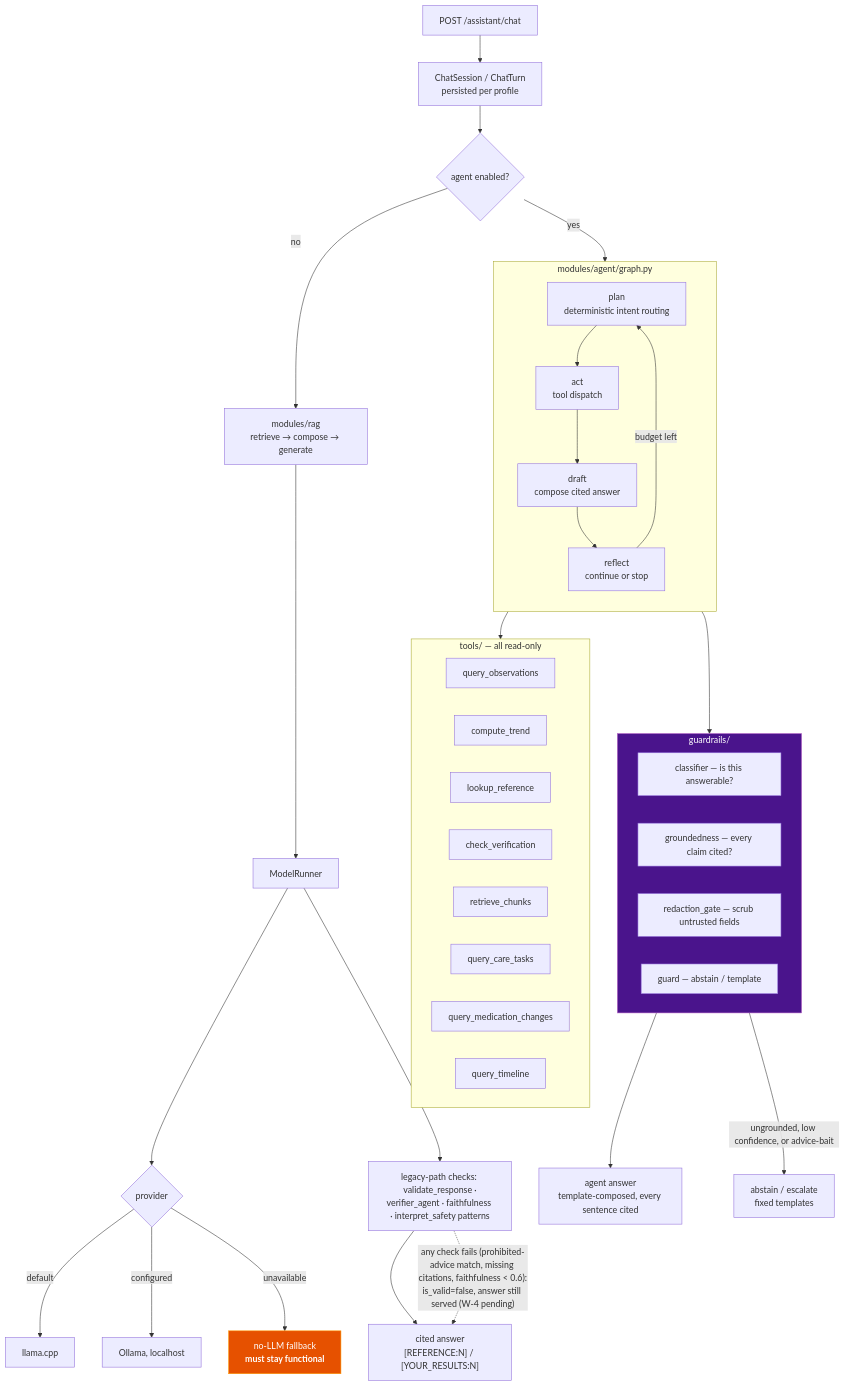
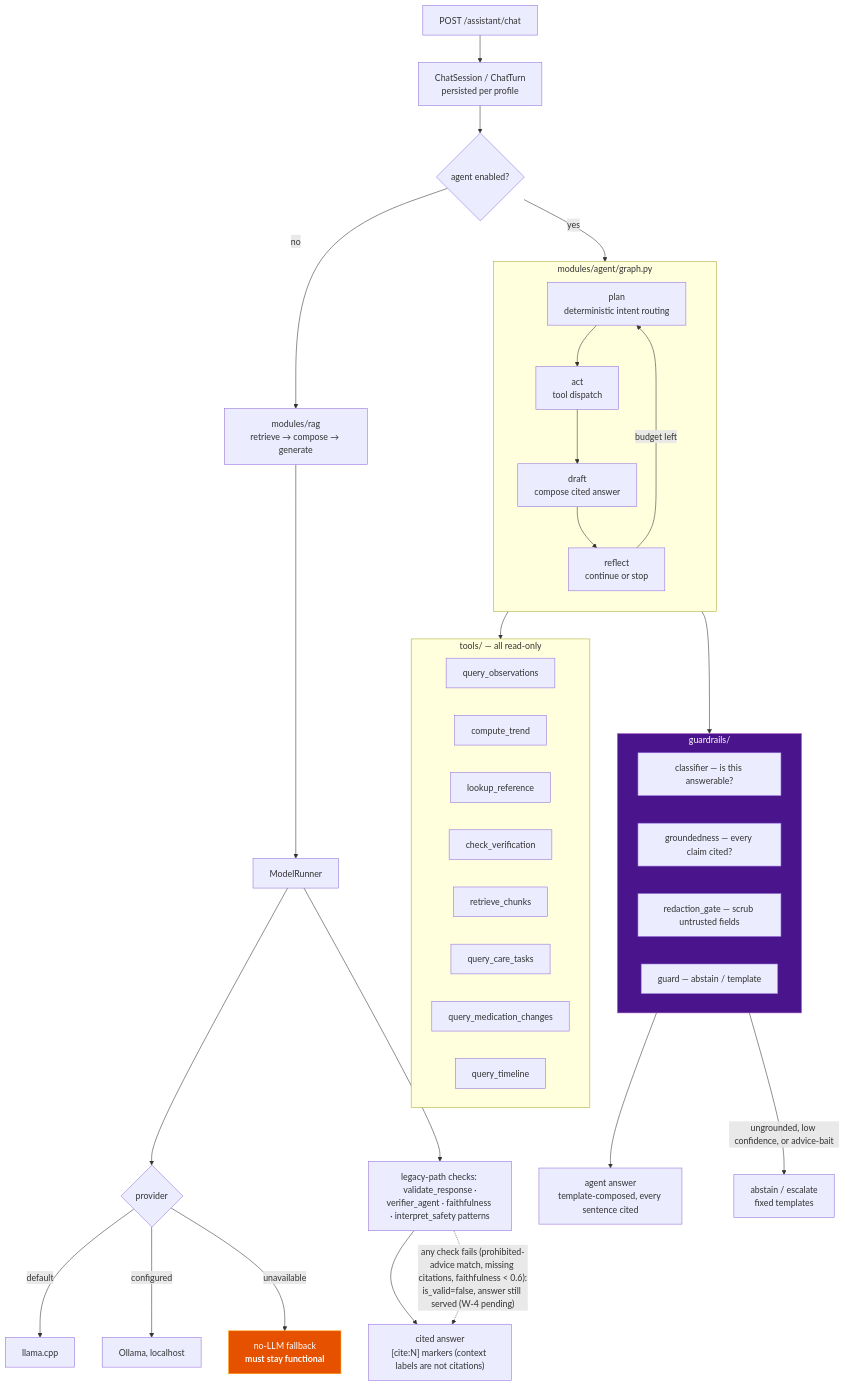
The second of 3 diagrams in docs/architecture/pipelines.md (BrooklynD23/HealthCentral), drawn with Mermaid before and after one commit. The commit also changed 3 other files, not shown here.

Commit message:
docs: describe [cite:N] as the citation marker and the context labels as labels (D11)

````diff
--- a/docs/architecture/pipelines.md
+++ b/docs/architecture/pipelines.md
@@ -79,53 +79,53 @@
 ```mermaid
 flowchart TD
     Q["POST /assistant/chat"] --> SESS["ChatSession / ChatTurn<br/>persisted per profile"]
     SESS --> ENABLED{"agent enabled?"}
 
     ENABLED -->|no| RAGONLY["modules/rag<br/>retrieve → compose → generate"]
     ENABLED -->|yes| GRAPH
 
     subgraph GRAPH["modules/agent/graph.py"]
         direction TB
         PLAN["plan<br/>deterministic intent routing"]
         ACT["act<br/>tool dispatch"]
         DRAFT["draft<br/>compose cited answer"]
         REFLECT["reflect<br/>continue or stop"]
         PLAN --> ACT --> DRAFT --> REFLECT
         REFLECT -->|"budget left"| PLAN
     end
 
     ACT --> TOOLS
     subgraph TOOLS["tools/ — all read-only"]
         T1["query_observations"]
         T2["compute_trend"]
         T3["lookup_reference"]
         T4["check_verification"]
         T5["retrieve_chunks"]
         T6["query_care_tasks"]
         T7["query_medication_changes"]
         T8["query_timeline"]
     end
 
     RAGONLY --> MR["ModelRunner"]
     MR --> PROV{"provider"}
     PROV -->|default| LC["llama.cpp"]
     PROV -->|configured| OL["Ollama, localhost"]
     PROV -->|"unavailable"| FB["no-LLM fallback<br/><b>must stay functional</b>"]
 
     DRAFT --> GUARD
     subgraph GUARD["guardrails/"]
         G1["classifier — is this answerable?"]
         G2["groundedness — every claim cited?"]
         G3["redaction_gate — scrub untrusted fields"]
         G4["guard — abstain / template"]
     end
 
     GUARD --> AOUT["agent answer<br/>template-composed, every sentence cited"]
     GUARD -->|"ungrounded, low confidence, or advice-bait"| ABSTAIN["abstain / escalate<br/>fixed templates"]
     MR --> SAFE["legacy-path checks: validate_response ·<br/>verifier_agent · faithfulness · interpret_safety patterns"]
-    SAFE --> OUT["cited answer<br/>[REFERENCE:N] / [YOUR_RESULTS:N]"]
+    SAFE --> OUT["cited answer<br/>[cite:N] markers (context labels are not citations)"]
     SAFE -.->|"any check fails (prohibited-advice match, missing citations, faithfulness < 0.6):<br/>is_valid=false, answer still served (W-4 pending)"| OUT
 
     style GUARD fill:#4a148c,stroke:#ba68c8,color:#fff
     style FB fill:#e65100,stroke:#ff9800,color:#fff
 ```
````
